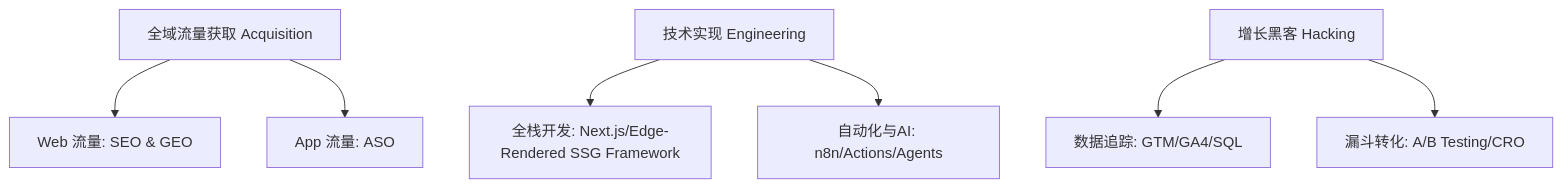
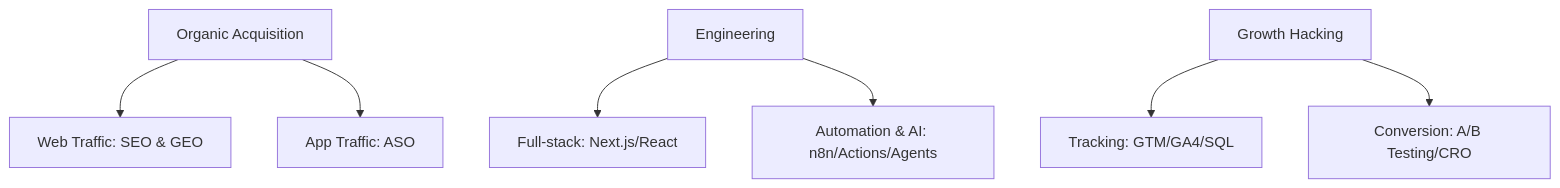
The diagram in README.md (mingmingcodes/mingmingcodes), drawn with Mermaid before and after one commit. The commit also changed other lines of this file, not shown here.

````diff
--- a/README.md
+++ b/README.md
@@ -30,9 +36,9 @@
 ```mermaid
 graph TD
-    A[全域流量获取 Acquisition] --> B[Web 流量: SEO & GEO]
-    A --> C[App 流量: ASO]
-    D[技术实现 Engineering] --> E[全栈开发: Next.js/Edge-Rendered SSG Framework]
-    D --> F[自动化与AI: n8n/Actions/Agents]
-    G[增长黑客 Hacking] --> H[数据追踪: GTM/GA4/SQL]
-    G --> I[漏斗转化: A/B Testing/CRO]
+    A[Organic Acquisition] --> B[Web Traffic: SEO & GEO]
+    A --> C[App Traffic: ASO]
+    D[Engineering] --> E[Full-stack: Next.js/React]
+    D --> F[Automation & AI: n8n/Actions/Agents]
+    G[Growth Hacking] --> H[Tracking: GTM/GA4/SQL]
+    G --> I[Conversion: A/B Testing/CRO]
 ```
````
